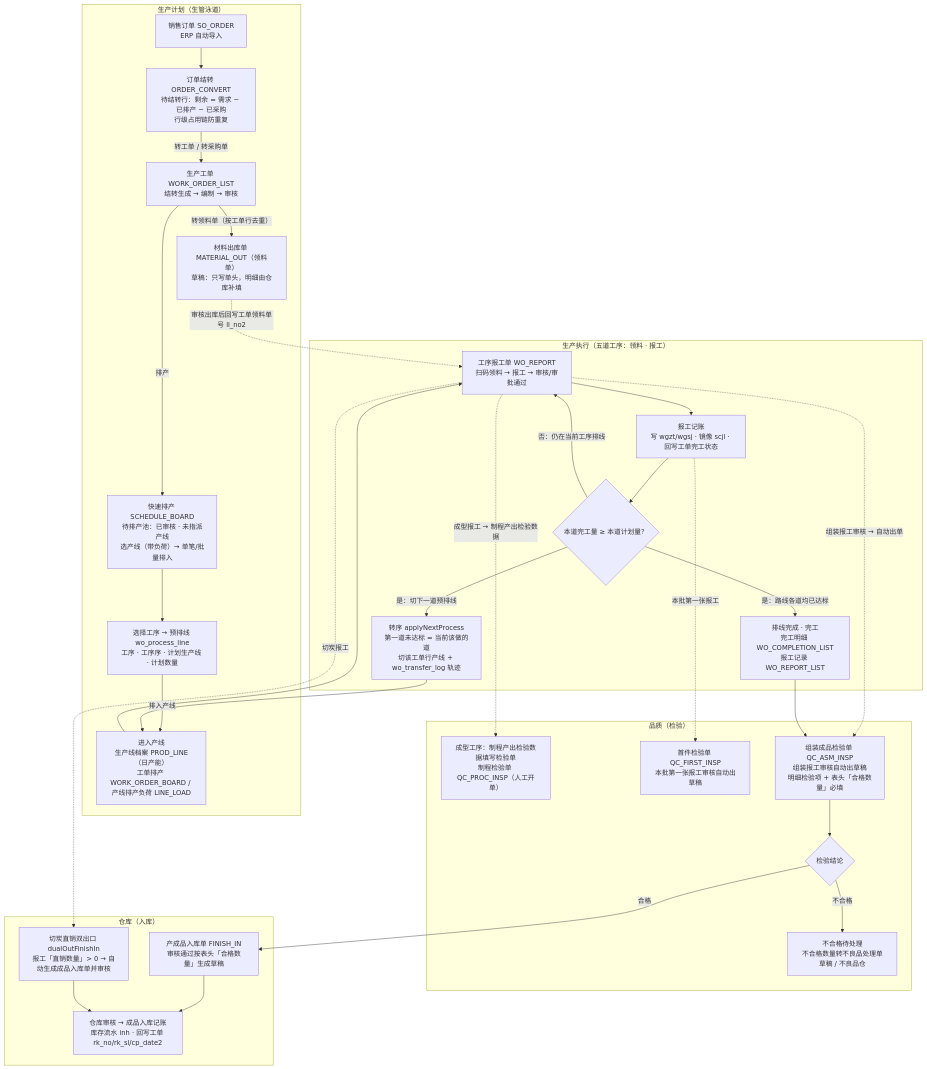
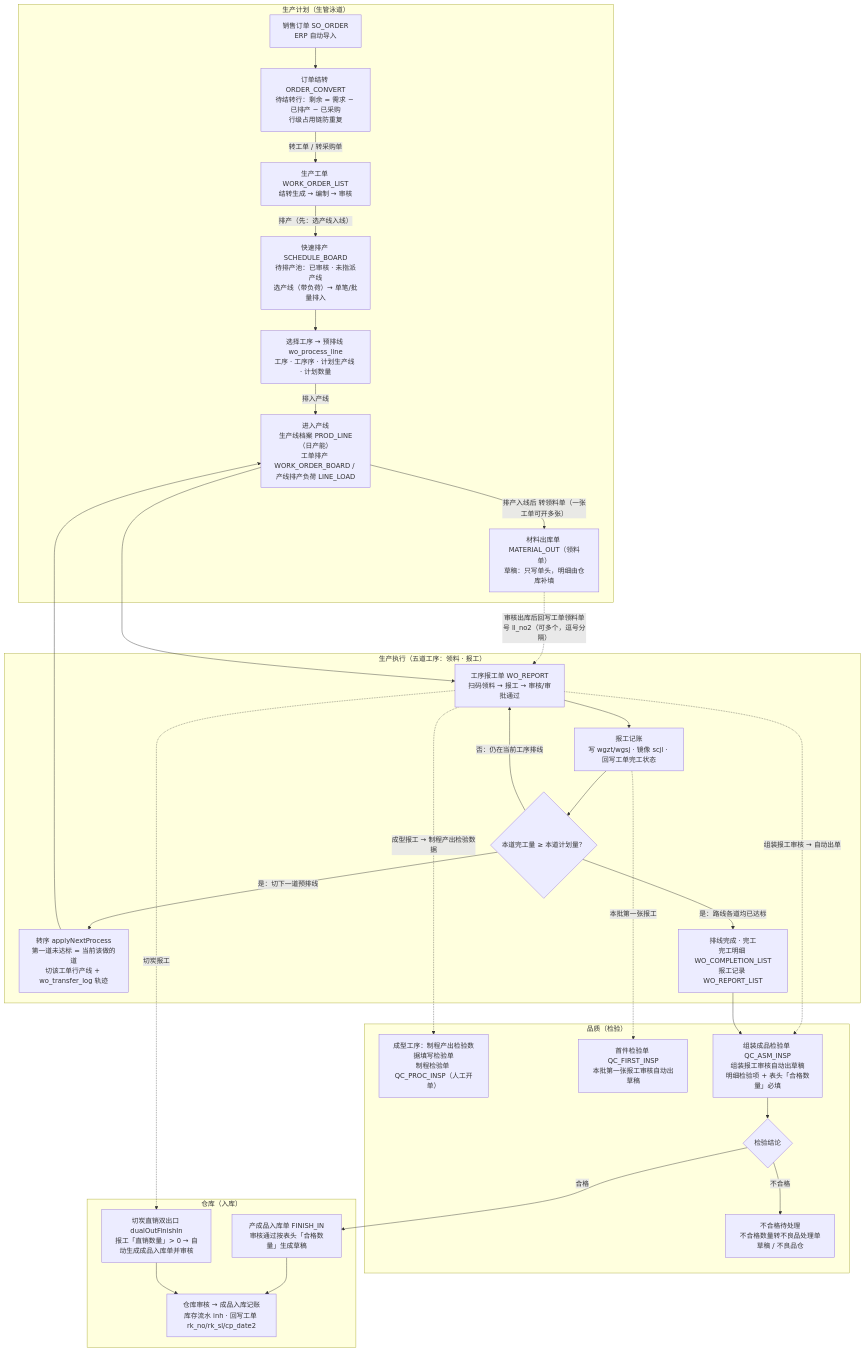
One commit to MyPanda-Hash/YINJIA changed the diagram in docs/design/生产流程-现役实现.md. Above: the diagram before and after it, drawn with Mermaid. The commit also changed other lines of this file and 20 other files, not shown here.

````diff
--- a/docs/design/生产流程-现役实现.md
+++ b/docs/design/生产流程-现役实现.md
@@ -13,58 +13,58 @@
 ```mermaid
 flowchart TD
   subgraph PLAN["生产计划（生管泳道）"]
     SO["销售订单 SO_ORDER<br/>ERP 自动导入"]
     CONV["订单结转 ORDER_CONVERT<br/>待结转行：剩余 = 需求 − 已排产 − 已采购<br/>行级占用链防重复"]
     WO["生产工单 WORK_ORDER_LIST<br/>结转生成 → 编制 → 审核"]
     PICK["材料出库单 MATERIAL_OUT（领料单）<br/>草稿：只写单头，明细由仓库补填"]
     SB["快速排产 SCHEDULE_BOARD<br/>待排产池：已审核 · 未指派产线<br/>选产线（带负荷）→ 单笔/批量排入"]
     OPSEL["选择工序 → 预排线 wo_process_line<br/>工序 · 工序序 · 计划生产线 · 计划数量"]
     LINE["进入产线<br/>生产线档案 PROD_LINE（日产能）<br/>工单排产 WORK_ORDER_BOARD / 产线排产负荷 LINE_LOAD"]
   end
 
   subgraph EXEC["生产执行（五道工序：领料 · 报工）"]
     REP["工序报工单 WO_REPORT<br/>扫码领料 → 报工 → 审核/审批通过"]
     POST["报工记账<br/>写 wgzt/wgsj · 镜像 scjl · 回写工单完工状态"]
     GATE{"本道完工量 ≥ 本道计划量？"}
     NEXT["转序 applyNextProcess<br/>第一道未达标 = 当前该做的道<br/>切该工单行产线 + wo_transfer_log 轨迹"]
     DONE["排线完成 · 完工<br/>完工明细 WO_COMPLETION_LIST<br/>报工记录 WO_REPORT_LIST"]
   end
 
   subgraph QC["品质（检验）"]
     PROCFILL["成型工序：制程产出检验数据填写检验单<br/>制程检验单 QC_PROC_INSP（人工开单）"]
     FIRST["首件检验单 QC_FIRST_INSP<br/>本批第一张报工审核自动出草稿"]
     ASM["组装成品检验单 QC_ASM_INSP<br/>组装报工审核自动出草稿<br/>明细检验项 + 表头「合格数量」必填"]
     JUDGE{"检验结论"}
     NG["不合格待处理<br/>不合格数量转不良品处理单草稿 / 不良品仓"]
   end
 
   subgraph WH["仓库（入库）"]
     FI["产成品入库单 FINISH_IN<br/>审核通过按表头「合格数量」生成草稿"]
     STOCK["仓库审核 → 成品入库记账<br/>库存流水 inh · 回写工单 rk_no/rk_sl/cp_date2"]
     CUTOUT["切炭直销双出口 dualOutFinishIn<br/>报工「直销数量」> 0 → 自动生成成品入库单并审核"]
   end
 
   SO --> CONV
   CONV -->|"转工单 / 转采购单"| WO
-  WO -->|"转领料单（按工单行去重）"| PICK
-  WO -->|"排产"| SB
+  WO -->|"排产（先：选产线入线）"| SB
   SB --> OPSEL
   OPSEL -->|"排入产线"| LINE
-  PICK -.->|"审核出库后回写工单领料单号 ll_no2"| REP
+  LINE -->|"排产入线后 转领料单（一张工单可开多张）"| PICK
+  PICK -.->|"审核出库后回写工单领料单号 ll_no2（可多个，逗号分隔）"| REP
   LINE --> REP
   REP --> POST --> GATE
   GATE -->|"否：仍在当前工序排线"| REP
   GATE -->|"是：切下一道预排线"| NEXT
   NEXT --> LINE
   GATE -->|"是：路线各道均已达标"| DONE
   REP -.->|"成型报工 → 制程产出检验数据"| PROCFILL
   POST -.->|"本批第一张报工"| FIRST
   REP -.->|"组装报工审核 → 自动出单"| ASM
   DONE --> ASM
   ASM --> JUDGE
   JUDGE -->|"合格"| FI
   FI --> STOCK
   JUDGE -->|"不合格"| NG
   REP -.->|"切炭报工"| CUTOUT
   CUTOUT --> STOCK
 ```
````
